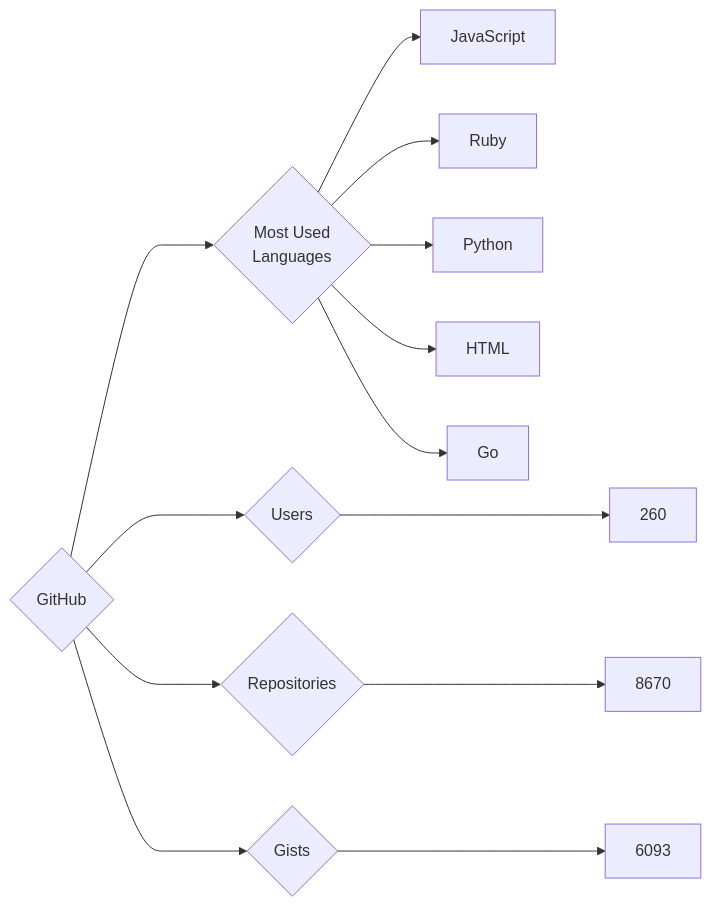
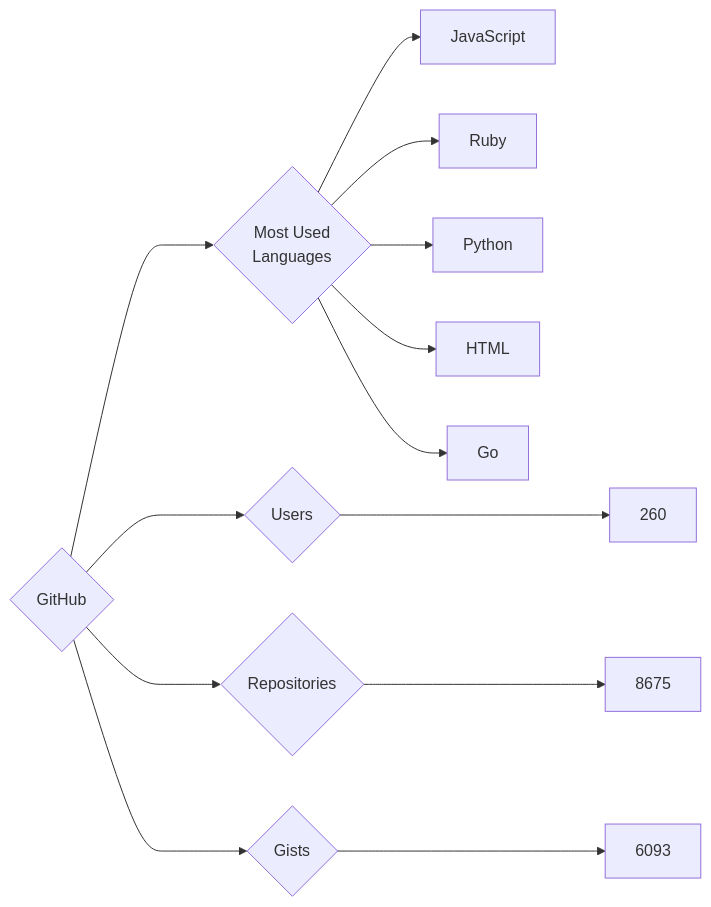
Before and after one commit to trickest/insiders: the diagram in targets/GitHub/README.md, drawn with Mermaid. The commit also changed 610 other files, not shown here.

````diff
--- a/targets/GitHub/README.md
+++ b/targets/GitHub/README.md
@@ -3,13 +3,13 @@
 ```mermaid
 graph LR
 COMPANY_NAME{GitHub}
 COMPANY_NAME ---> U{Users} ---> UN[260]
-COMPANY_NAME ---> R{Repositories} ---> RN[8670]
+COMPANY_NAME ---> R{Repositories} ---> RN[8675]
 COMPANY_NAME ---> G{Gists} ---> GN[6093]
 COMPANY_NAME ---> ML{Most Used<br>Languages}
 ML --> JavaScript[JavaScript]
 ML --> Ruby[Ruby]
 ML --> Python[Python]
 ML --> HTML[HTML]
 ML --> Go[Go]
 ```
````
